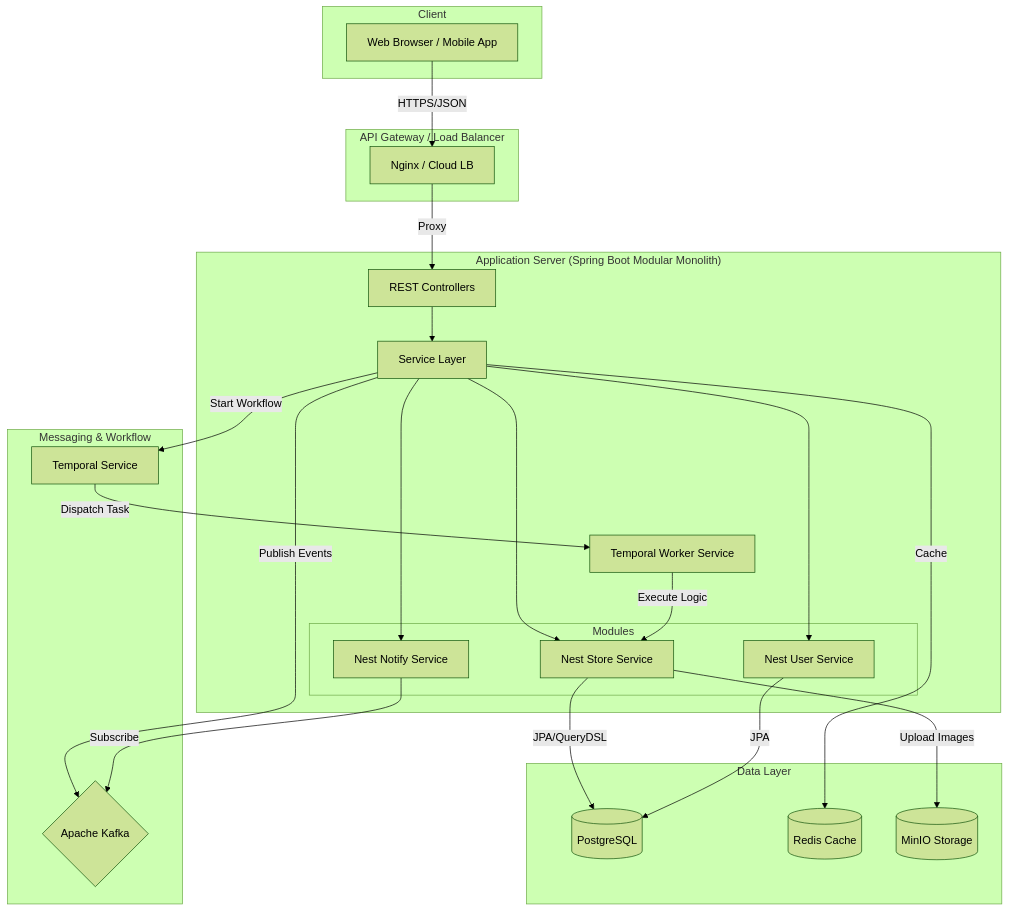
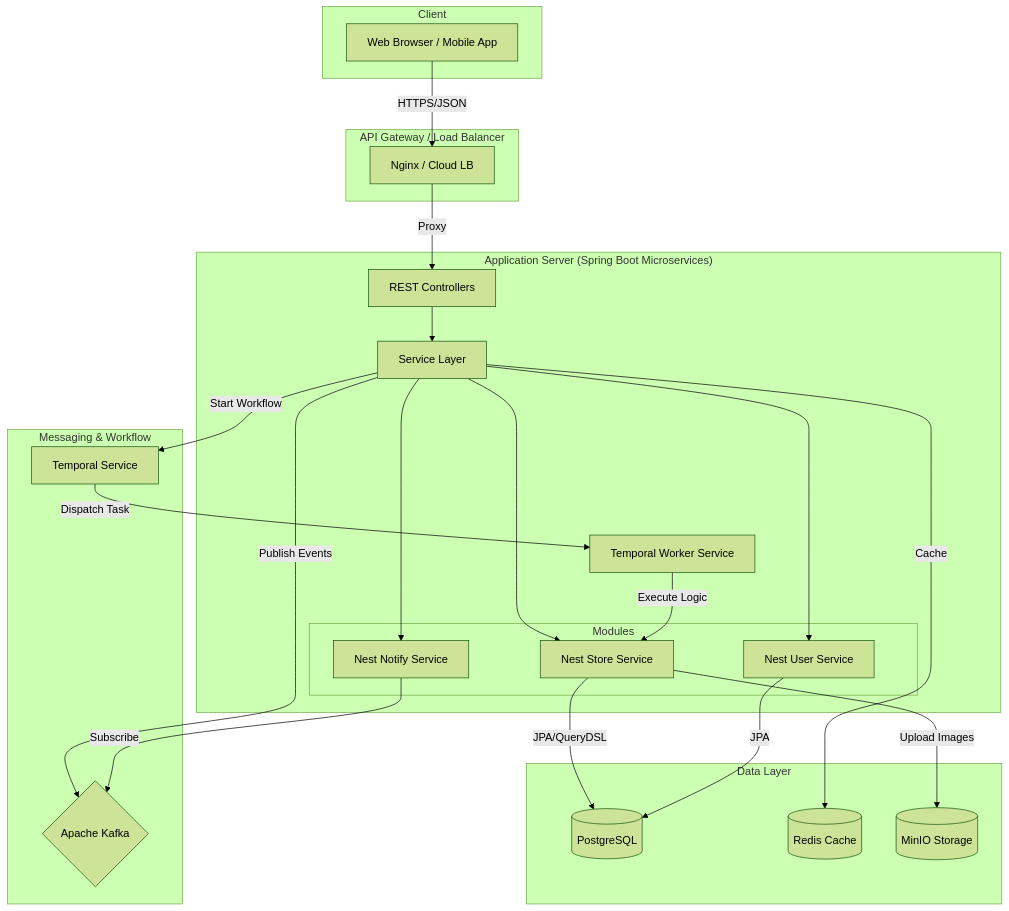
The third of 5 diagrams in docs/00-giai-phap-cong-nghe/02-tai-lieu-ky-thuat/04-thiet-ke/04-cac-bieu-do-khac.md (tranvanlong1999/nest-store-document), drawn with Mermaid (forest theme) before and after one commit. The commit also changed other lines of this file and 6 other files, not shown here.

````diff
--- a/docs/00-giai-phap-cong-nghe/02-tai-lieu-ky-thuat/04-thiet-ke/04-cac-bieu-do-khac.md
+++ b/docs/00-giai-phap-cong-nghe/02-tai-lieu-ky-thuat/04-thiet-ke/04-cac-bieu-do-khac.md
@@ -194,52 +194,52 @@
 ```mermaid
 graph TD
     subgraph Client
         Browser[Web Browser / Mobile App]
     end
 
     subgraph "API Gateway / Load Balancer"
         Nginx[Nginx / Cloud LB]
     end
 
-    subgraph "Application Server (Spring Boot Modular Monolith)"
+    subgraph "Application Server (Spring Boot Microservices)"
         Controller[REST Controllers]
         Service[Service Layer]
 
         subgraph "Modules"
             StoreMod[Nest Store Service]
             UserMod[Nest User Service]
             NotifyMod[Nest Notify Service]
         end
 
         Worker[Temporal Worker Service]
     end
 
     subgraph "Data Layer"
         Postgres[(PostgreSQL)]
         Redis[(Redis Cache)]
         MinIO[(MinIO Storage)]
     end
 
     subgraph "Messaging & Workflow"
         Kafka{Apache Kafka}
         TemporalServer[Temporal Service]
     end
 
     Browser -->|HTTPS/JSON| Nginx
     Nginx -->|Proxy| Controller
     Controller --> Service
     Service --> StoreMod & UserMod & NotifyMod
 
     StoreMod -->|JPA/QueryDSL| Postgres
     UserMod -->|JPA| Postgres
 
     Service -->|Cache| Redis
     Service -->|Publish Events| Kafka
     Service -->|Start Workflow| TemporalServer
 
     TemporalServer -->|Dispatch Task| Worker
     Worker -->|Execute Logic| StoreMod
 
     NotifyMod -->|Subscribe| Kafka
     StoreMod -->|Upload Images| MinIO
 ```
````
